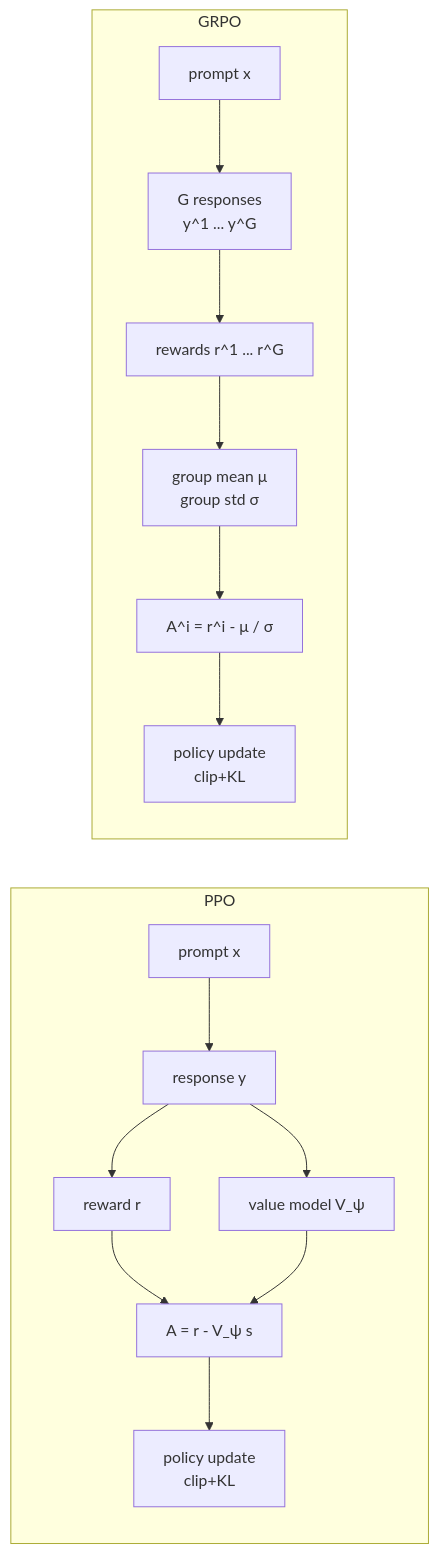
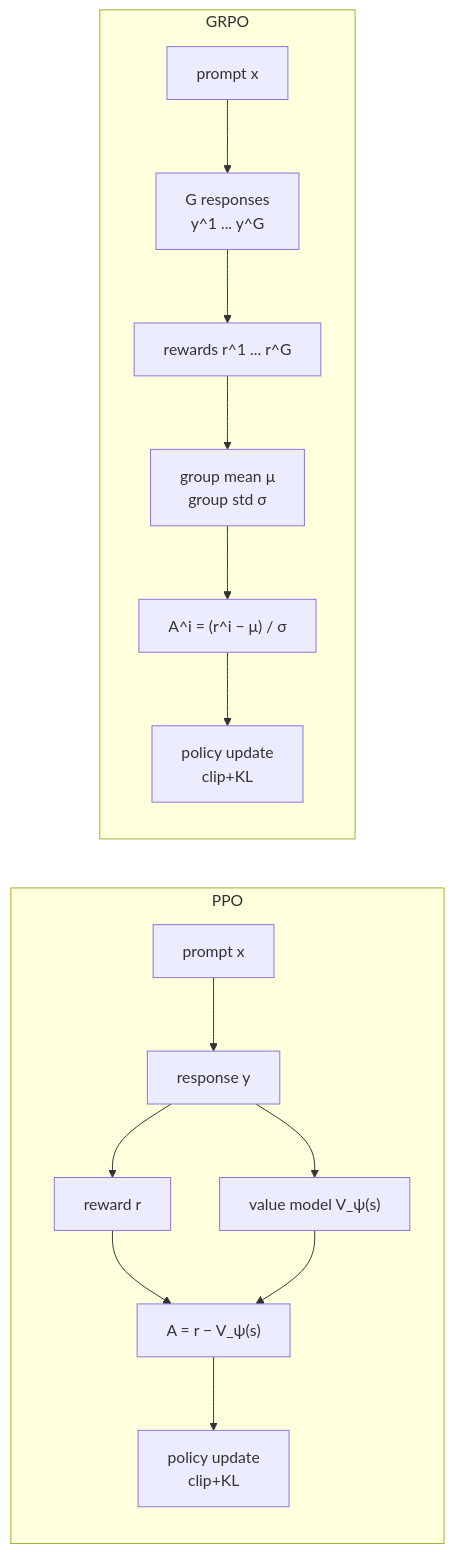
Before and after one commit to hama-jp/Open-R1_Tutorial: the second of 2 diagrams in book/ch07.md, drawn with Mermaid. The commit also changed 4 other files, not shown here.

````diff
--- a/book/ch07.md
+++ b/book/ch07.md
@@ -133,20 +133,20 @@
 ```mermaid
 flowchart LR
     subgraph PPO
         direction TB
         P1[prompt x] --> R1[response y]
         R1 --> RM1[reward r]
-        R1 --> V[value model V_ψ]
-        RM1 --> ADV1[A = r - V_ψ s]
+        R1 --> V["value model V_ψ(s)"]
+        RM1 --> ADV1["A = r − V_ψ(s)"]
         V --> ADV1
         ADV1 --> U1[policy update<br/>clip+KL]
     end
     subgraph GRPO
         direction TB
         P2[prompt x] --> G[G responses<br/>y^1 ... y^G]
         G --> RM2[rewards r^1 ... r^G]
         RM2 --> MS[group mean μ<br/>group std σ]
-        MS --> ADV2[A^i = r^i - μ / σ]
+        MS --> ADV2["A^i = (r^i − μ) / σ"]
         ADV2 --> U2[policy update<br/>clip+KL]
     end
 ```
````
